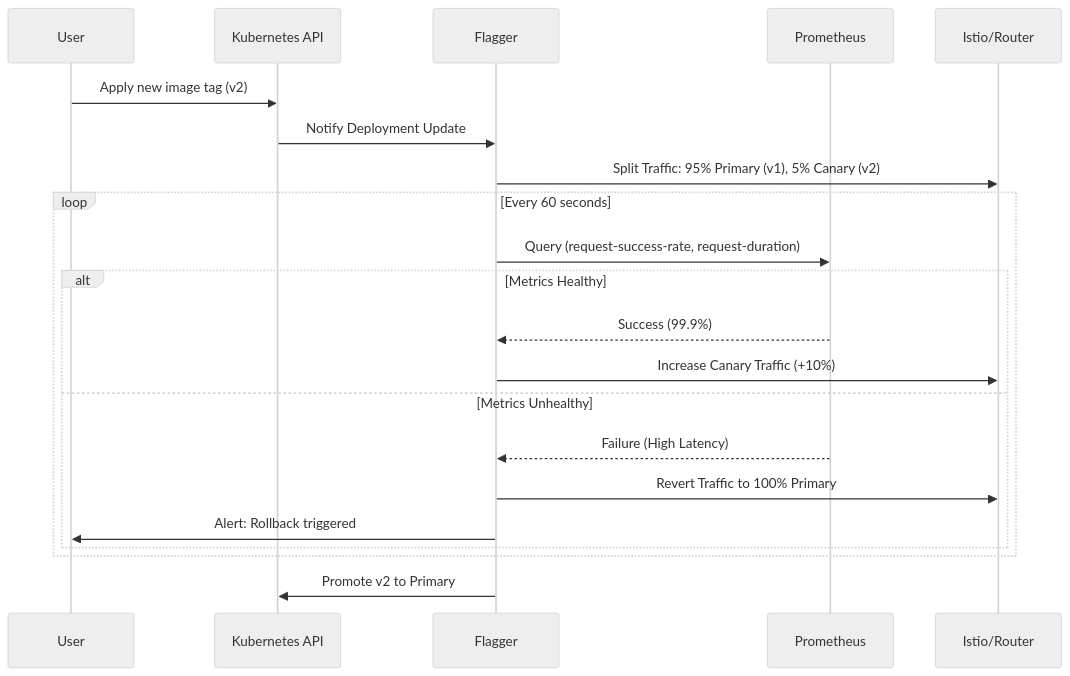
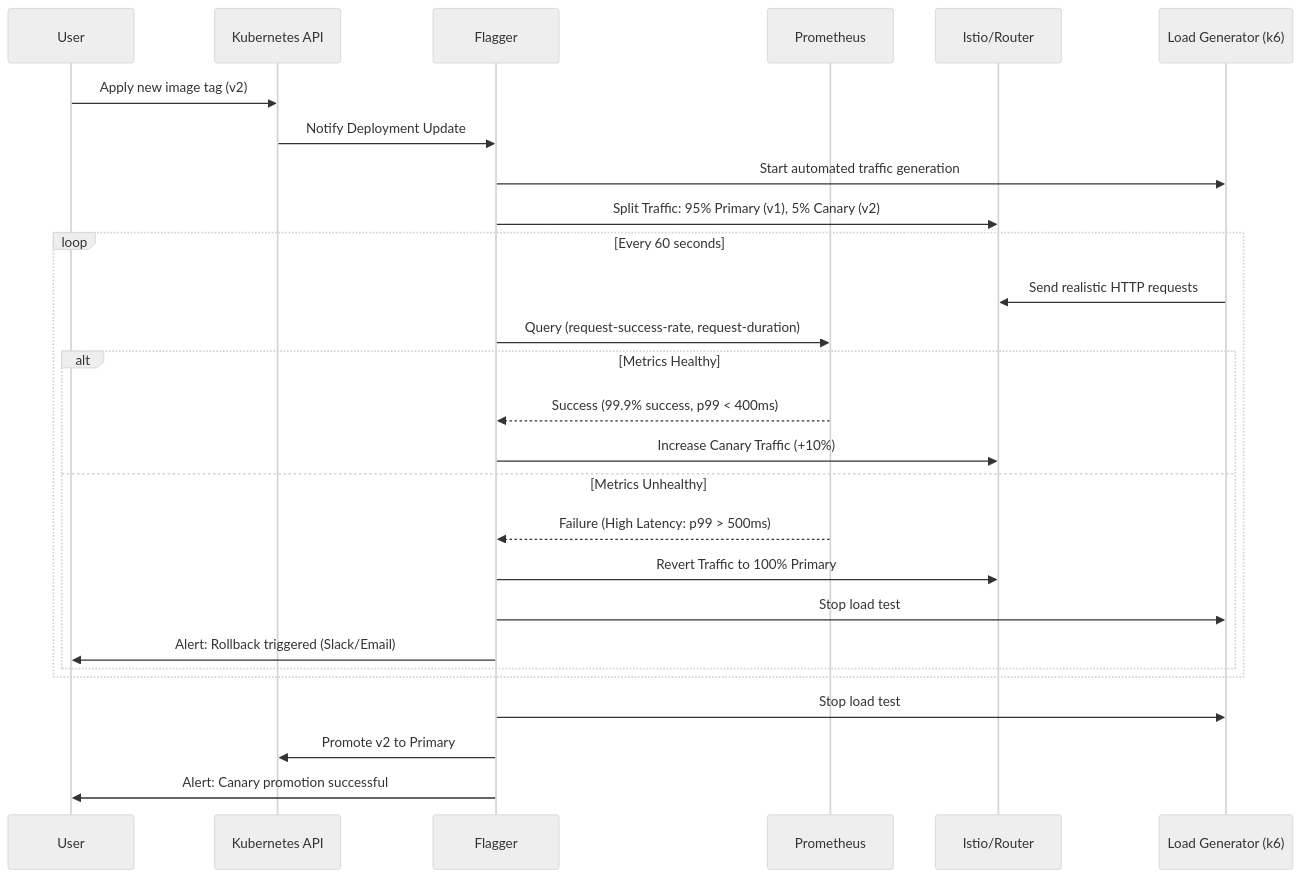
The diagram in docs/extension.md (doda25-team7/operation), drawn with Mermaid (neutral theme) before and after one commit. The commit also changed other lines of this file and 1 other file, not shown here.

````diff
--- a/docs/extension.md
+++ b/docs/extension.md
@@ -34,26 +82,32 @@
 ```mermaid
 sequenceDiagram
     participant User
     participant K8s as Kubernetes API
     participant Flagger
     participant Prom as Prometheus
     participant Istio as Istio/Router
+    participant LoadGen as Load Generator (k6)
     
     User->>K8s: Apply new image tag (v2)
     K8s->>Flagger: Notify Deployment Update
+    Flagger->>LoadGen: Start automated traffic generation
     Flagger->>Istio: Split Traffic: 95% Primary (v1), 5% Canary (v2)
     
     loop Every 60 seconds
+        LoadGen->>Istio: Send realistic HTTP requests
         Flagger->>Prom: Query (request-success-rate, request-duration)
         alt Metrics Healthy
-            Prom-->>Flagger: Success (99.9%)
+            Prom-->>Flagger: Success (99.9% success, p99 < 400ms)
             Flagger->>Istio: Increase Canary Traffic (+10%)
         else Metrics Unhealthy
-            Prom-->>Flagger: Failure (High Latency)
+            Prom-->>Flagger: Failure (High Latency: p99 > 500ms)
             Flagger->>Istio: Revert Traffic to 100% Primary
-            Flagger->>User: Alert: Rollback triggered
+            Flagger->>LoadGen: Stop load test
+            Flagger->>User: Alert: Rollback triggered (Slack/Email)
         end
     end
     
+    Flagger->>LoadGen: Stop load test
     Flagger->>K8s: Promote v2 to Primary
+    Flagger->>User: Alert: Canary promotion successful
 ```
````
